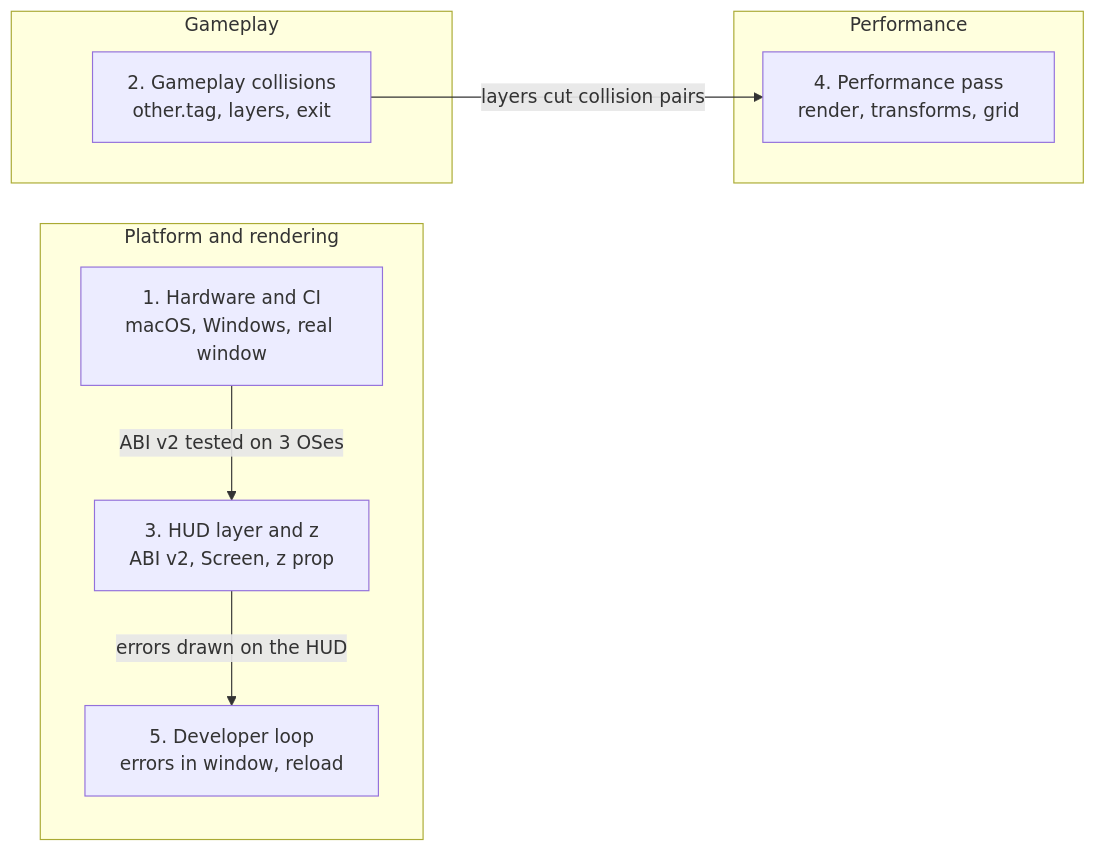
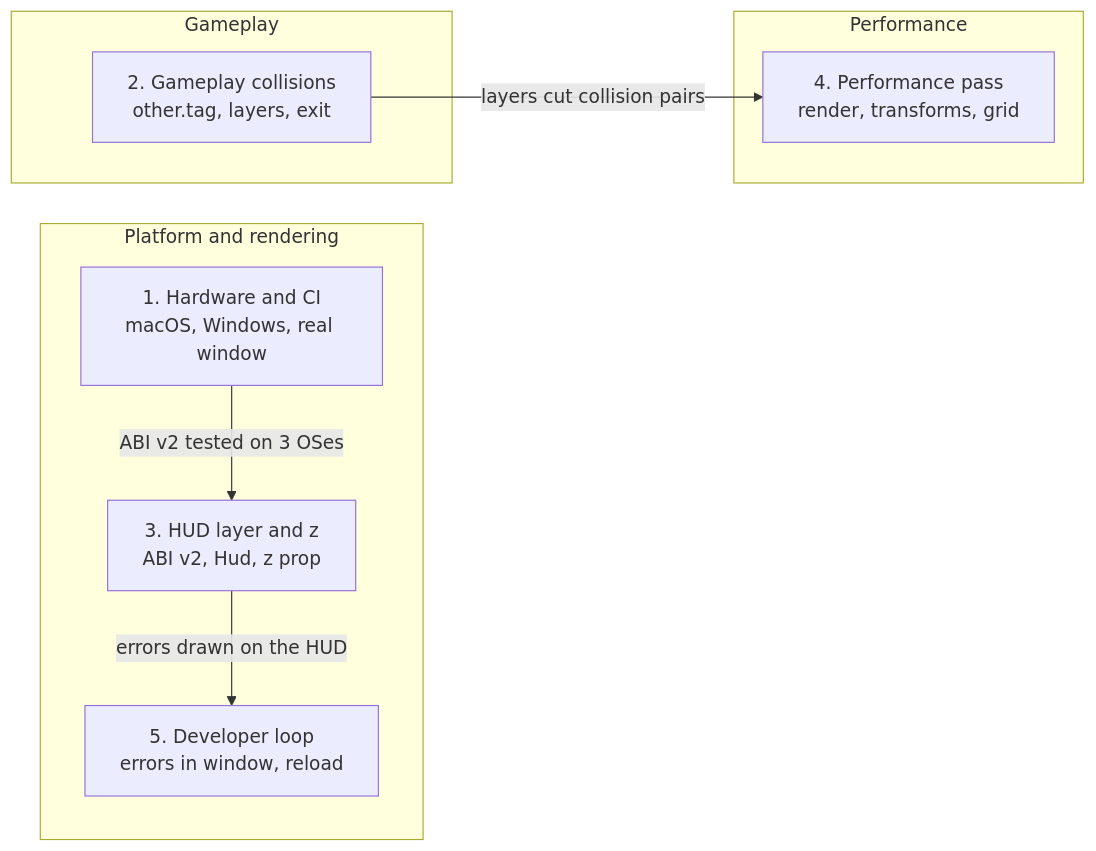
One commit to nengler/react-game-engine changed the diagram in docs/NEXT_PRIORITIES.md. Above: the diagram before and after it, drawn with Mermaid. The commit also changed other lines of this file and 1 other file, not shown here.

Commit message:
Plan UI layout: a <Flex> built-in alongside the HUD layer (#35)

````diff
--- a/docs/NEXT_PRIORITIES.md
+++ b/docs/NEXT_PRIORITIES.md
@@ -127,14 +128,14 @@
 ```mermaid
 flowchart LR
   subgraph platform["Platform and rendering"]
-    P1["1. Hardware and CI<br/>macOS, Windows, real window"] -->|ABI v2 tested on 3 OSes| P3["3. HUD layer and z<br/>ABI v2, Screen, z prop"]
+    P1["1. Hardware and CI<br/>macOS, Windows, real window"] -->|ABI v2 tested on 3 OSes| P3["3. HUD layer and z<br/>ABI v2, Hud, z prop"]
     P3 -->|errors drawn on the HUD| P5["5. Developer loop<br/>errors in window, reload"]
   end
   subgraph gameplay["Gameplay"]
     P2["2. Gameplay collisions<br/>other.tag, layers, exit"]
   end
   subgraph performance["Performance"]
     P4["4. Performance pass<br/>render, transforms, grid"]
   end
   P2 -->|layers cut collision pairs| P4
 ```
````
